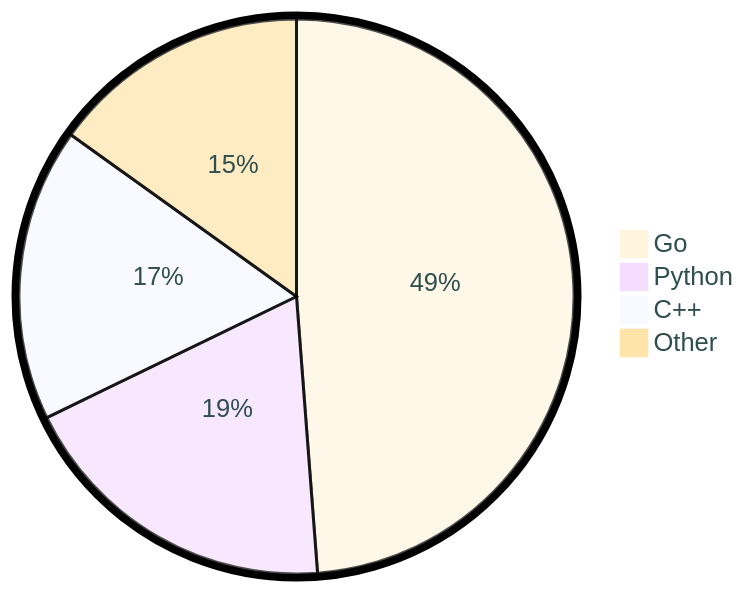
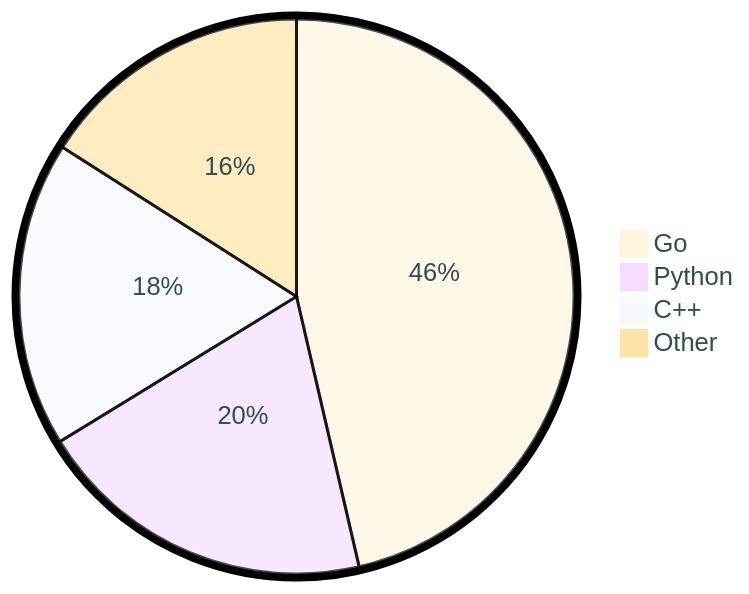
Before and after one commit to tot0p/tot0p: the diagram in README.md, drawn with Mermaid. The commit also changed other lines of this file, not shown here.

````diff
--- a/README.md
+++ b/README.md
@@ -84,8 +84,8 @@
 ```mermaid
 %%{init: {"pie": {"textPosition": 0.5}, "themeVariables": {"pieOuterStrokeWidth": "5px","primaryTextColor" : "#2F4F4F"},"theme":"base"} }%%
 pie
-	"Go": 48.79
-	"Python": 19.02
-	"C++": 17.09
-	"Other": 15.100000000000001
+	"Go": 46.38
+	"Python": 19.87
+	"C++": 17.8
+	"Other": 15.959999999999999
 ```
````
